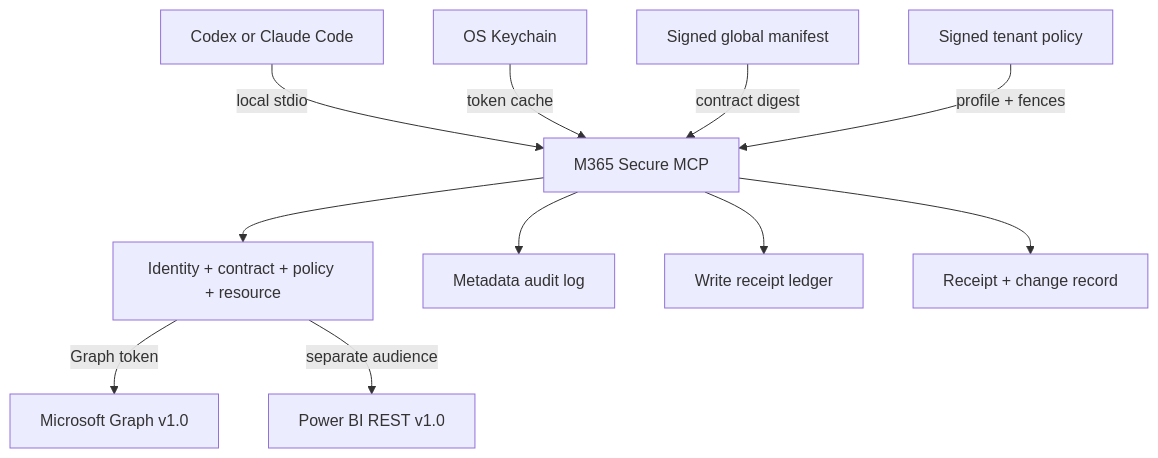
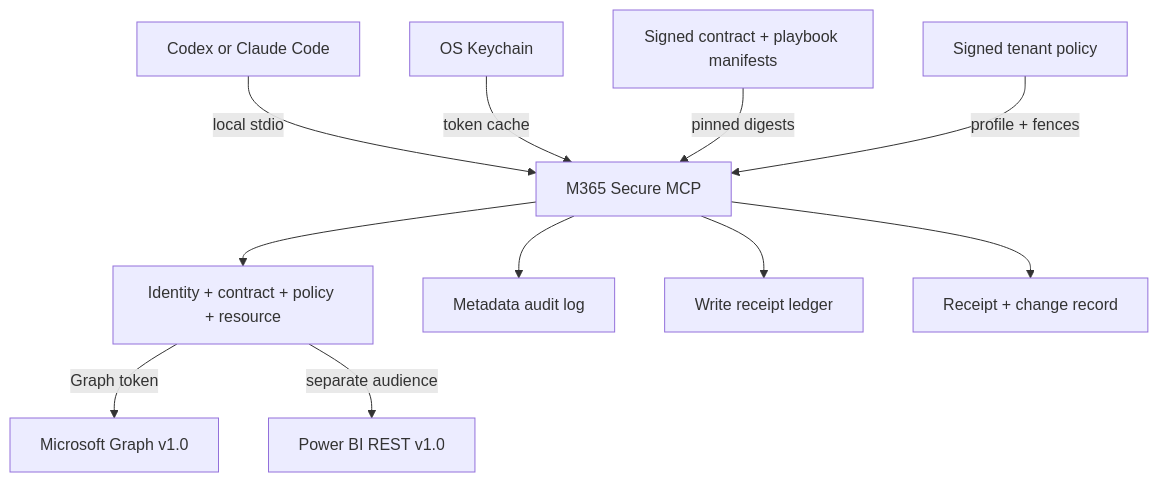
Before and after one commit to bugroo/m365-secure-mcp: the diagram in README.md, drawn with Mermaid. The commit also changed other lines of this file and 40 other files, not shown here.

Commit message:
feat: add signed workload identity readiness playbook

````diff
--- a/README.md
+++ b/README.md
@@ -41,13 +41,13 @@
 ```mermaid
 flowchart TB
     A["Codex or Claude Code"] -->|"local stdio"| B["M365 Secure MCP"]
     H["OS Keychain"] -->|"token cache"| B
-    M["Signed global manifest"] -->|"contract digest"| B
+    M["Signed contract + playbook manifests"] -->|"pinned digests"| B
     Y["Signed tenant policy"] -->|"profile + fences"| B
     B --> C["Identity + contract + policy + resource"]
     C -->|"Graph token"| G["Microsoft Graph v1.0"]
     C -->|"separate audience"| P["Power BI REST v1.0"]
     B --> I["Metadata audit log"]
     B --> J["Write receipt ledger"]
     B --> K["Receipt + change record"]
 ```
````
